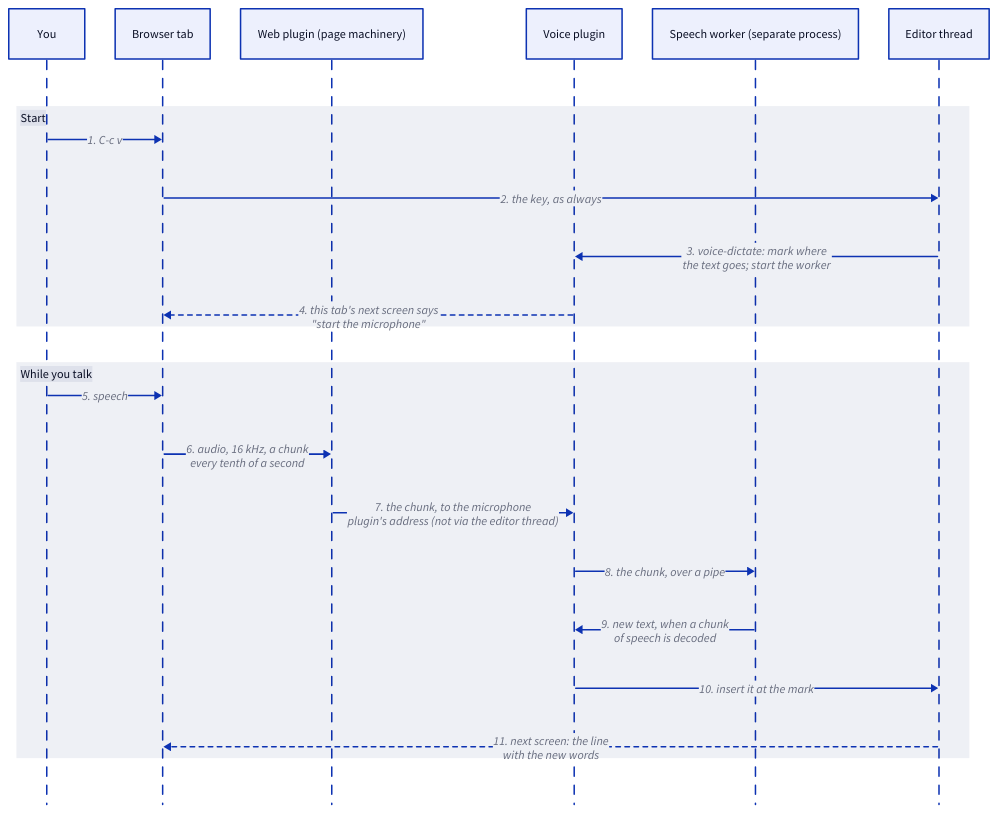
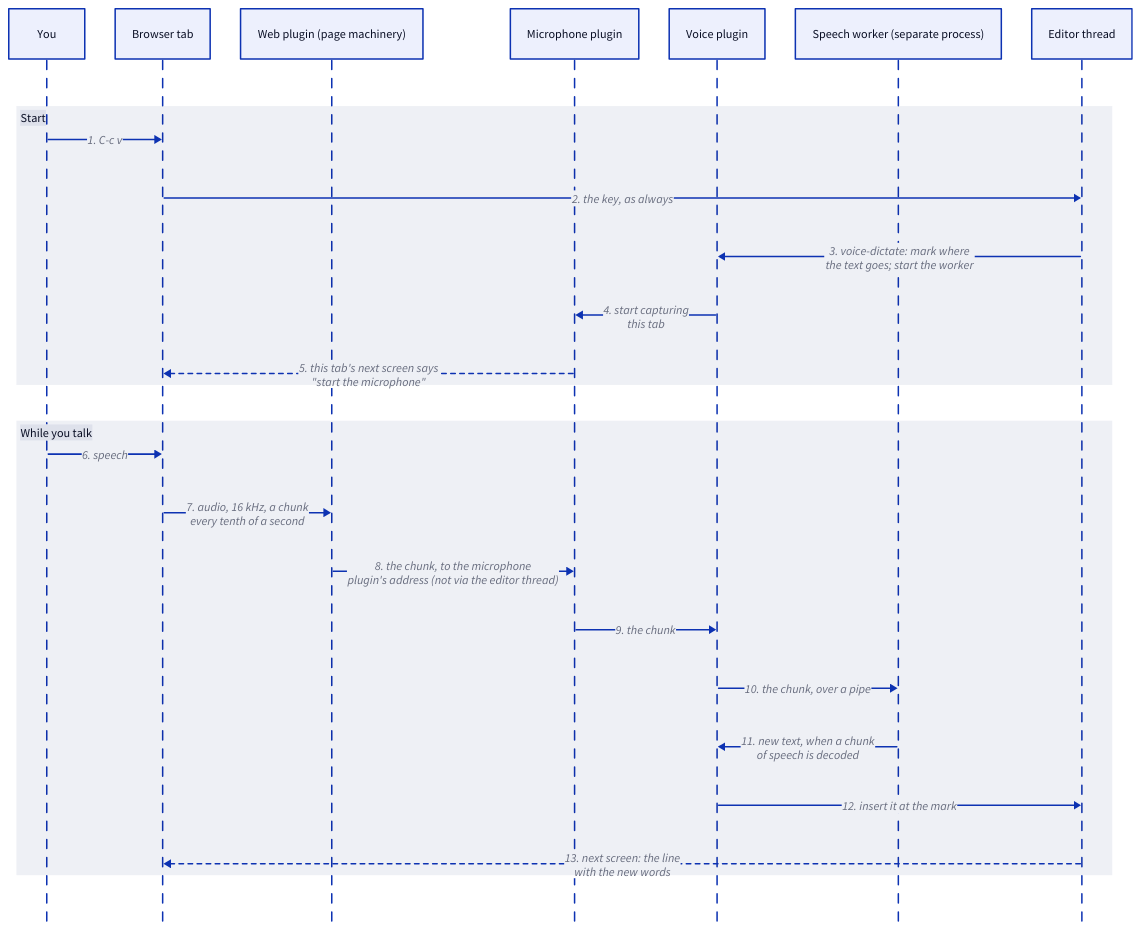
One commit to jaybonthius/tuna changed the diagram in docs/diagrams/voice-dictation.d2. Above: the diagram before and after it, drawn with D2. The commit also changed 8 other files, not shown here.

```diff
--- a/docs/diagrams/voice-dictation.d2
+++ b/docs/diagrams/voice-dictation.d2
@@ -1,36 +1,39 @@
-# How does speech become text in a buffer? (planned)
+# How does speech become text in a buffer? (built 2026-10-24)
 vars: {
   d2-config: {
     layout-engine: dagre
     theme-id: 0
   }
 }
 shape: sequence_diagram
 
 you: You
 browser: Browser tab
 web: Web plugin (page machinery)
+mic: Microphone plugin
 voice: Voice plugin
 worker: Speech worker (separate process)
 editor: Editor thread
 
 start: Start {
   you -> browser: "1. C-c v"
   browser -> editor: 2. the key, as always
   editor -> voice: "3. voice-dictate: mark where\nthe text goes; start the worker"
-  voice -> browser: "4. this tab's next screen says\n\"start the microphone\"" {
+  voice -> mic: "4. start capturing\nthis tab"
+  mic -> browser: "5. this tab's next screen says\n\"start the microphone\"" {
     style.stroke-dash: 3
   }
 }
 
 talk: While you talk {
-  you -> browser: 5. speech
-  browser -> web: "6. audio, 16 kHz, a chunk\nevery tenth of a second"
-  web -> voice: "7. the chunk, to the microphone\nplugin's address (not via the editor thread)"
-  voice -> worker: 8. the chunk, over a pipe
-  worker -> voice: "9. new text, when a chunk\nof speech is decoded"
-  voice -> editor: 10. insert it at the mark
-  editor -> browser: "11. next screen: the line\nwith the new words" {
+  you -> browser: 6. speech
+  browser -> web: "7. audio, 16 kHz, a chunk\nevery tenth of a second"
+  web -> mic: "8. the chunk, to the microphone\nplugin's address (not via the editor thread)"
+  mic -> voice: 9. the chunk
+  voice -> worker: 10. the chunk, over a pipe
+  worker -> voice: "11. new text, when a chunk\nof speech is decoded"
+  voice -> editor: 12. insert it at the mark
+  editor -> browser: "13. next screen: the line\nwith the new words" {
     style.stroke-dash: 3
   }
 }
```
